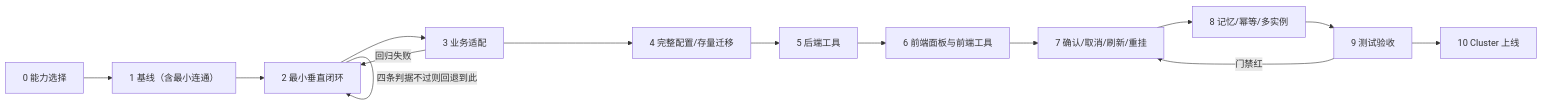
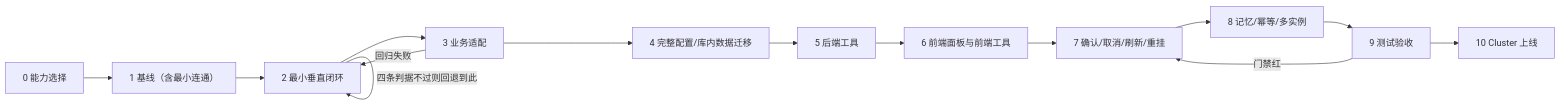
One commit to obby-xiang/ai-example changed the second of 2 diagrams in docs/delivery/06-新项目复用与落地指南.md. Above: the diagram before and after it, drawn with Mermaid. The commit also changed other lines of this file and 8 other files, not shown here.

````diff
--- a/docs/delivery/06-新项目复用与落地指南.md
+++ b/docs/delivery/06-新项目复用与落地指南.md
@@ -823,16 +823,16 @@
 ```mermaid
 flowchart LR
     S0["0 能力选择"] --> S1["1 基线（含最小连通）"]
     S1 --> S2["2 最小垂直闭环"]
     S2 -->|"四条判据不过则回退到此"| S2
     S2 --> S3["3 业务适配"]
     S3 -->|"回归失败"| S2
-    S4["4 完整配置/存量迁移"] --> S5["5 后端工具"]
+    S4["4 完整配置/库内数据迁移"] --> S5["5 后端工具"]
     S3 --> S4
     S5 --> S6["6 前端面板与前端工具"]
     S6 --> S7["7 确认/取消/刷新/重挂"]
     S7 --> S8["8 记忆/幂等/多实例"]
     S8 --> S9["9 测试验收"]
     S9 -->|"门禁红"| S7
     S9 --> S10["10 Cluster 上线"]
 ```
````
